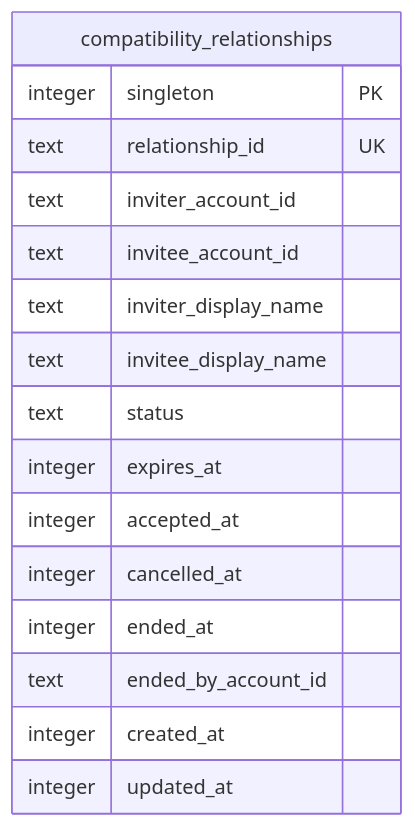
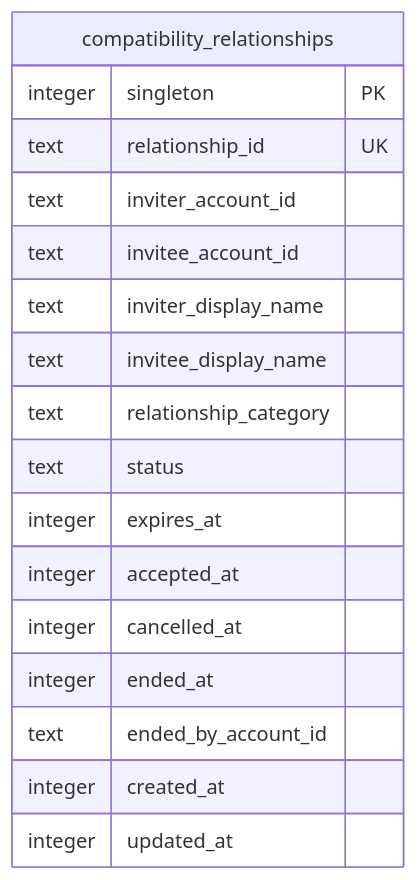
One commit to kkyosuke/me-builder changed the third of 4 diagrams in docs/architecture/compatibility-data-design.md. Above: the diagram before and after it, drawn with Mermaid. The commit also changed other lines of this file and 54 other files, not shown here.

````diff
--- a/docs/architecture/compatibility-data-design.md
+++ b/docs/architecture/compatibility-data-design.md
@@ -56,19 +56,20 @@
 ```mermaid
 erDiagram
     compatibility_relationships {
       integer singleton PK
       text relationship_id UK
       text inviter_account_id
       text invitee_account_id
       text inviter_display_name
       text invitee_display_name
+      text relationship_category
       text status
       integer expires_at
       integer accepted_at
       integer cancelled_at
       integer ended_at
       text ended_by_account_id
       integer created_at
       integer updated_at
     }
 ```
````
